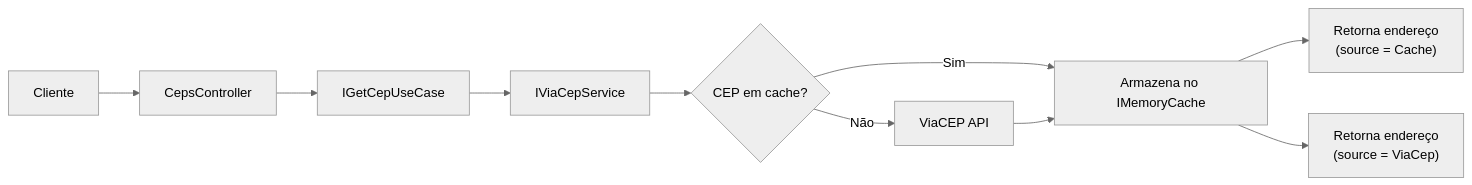
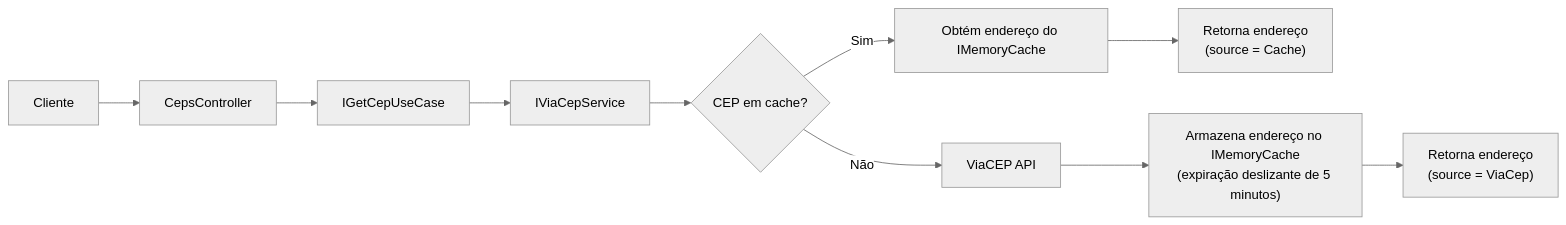
One commit to KelvinRian/find-cep changed the diagram in README.md. Above: the diagram before and after it, drawn with Mermaid (neutral theme).

Commit message:
Revise caching and API response details in README
Updated the flow description for caching and API response in the README.

````diff
--- a/README.md
+++ b/README.md
@@ -15,14 +15,14 @@
 ```mermaid
 flowchart LR
     Client["Cliente"] --> Controller["CepsController"]
     Controller --> UseCase["IGetCepUseCase"]
     UseCase --> Service["IViaCepService"]
 
     Service --> Cache{"CEP em cache?"}
-    Cache -- Sim --> SaveCache["Armazena no IMemoryCache"] 
-    SaveCache --> Response["Retorna endereço<br/>(source = Cache)"] 
+    Cache -- Sim --> CachedData["Obtém endereço do IMemoryCache"]
+    CachedData --> Response["Retorna endereço<br/>(source = Cache)"] 
 
     Cache -- Não --> ViaCep["ViaCEP API"]
-    ViaCep --> SaveCache["Armazena no IMemoryCache"]
-    SaveCache --> Response2["Retorna endereço<br/>(source = ViaCep)"]
+    ViaCep --> SaveCache["Armazena endereço no IMemoryCache<br/>(expiração deslizante de 5 minutos)"]
+    SaveCache --> ResponseApi["Retorna endereço<br/>(source = ViaCep)"]
 ```
````
